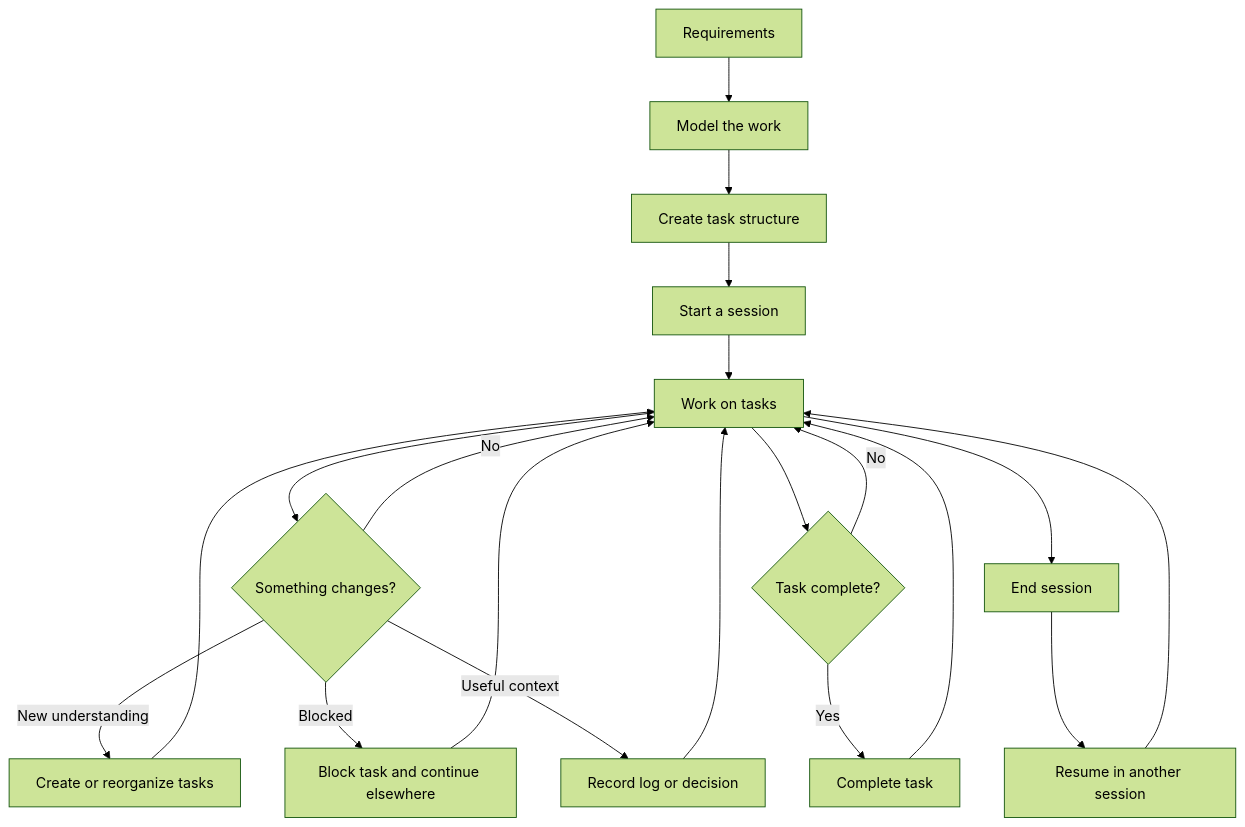
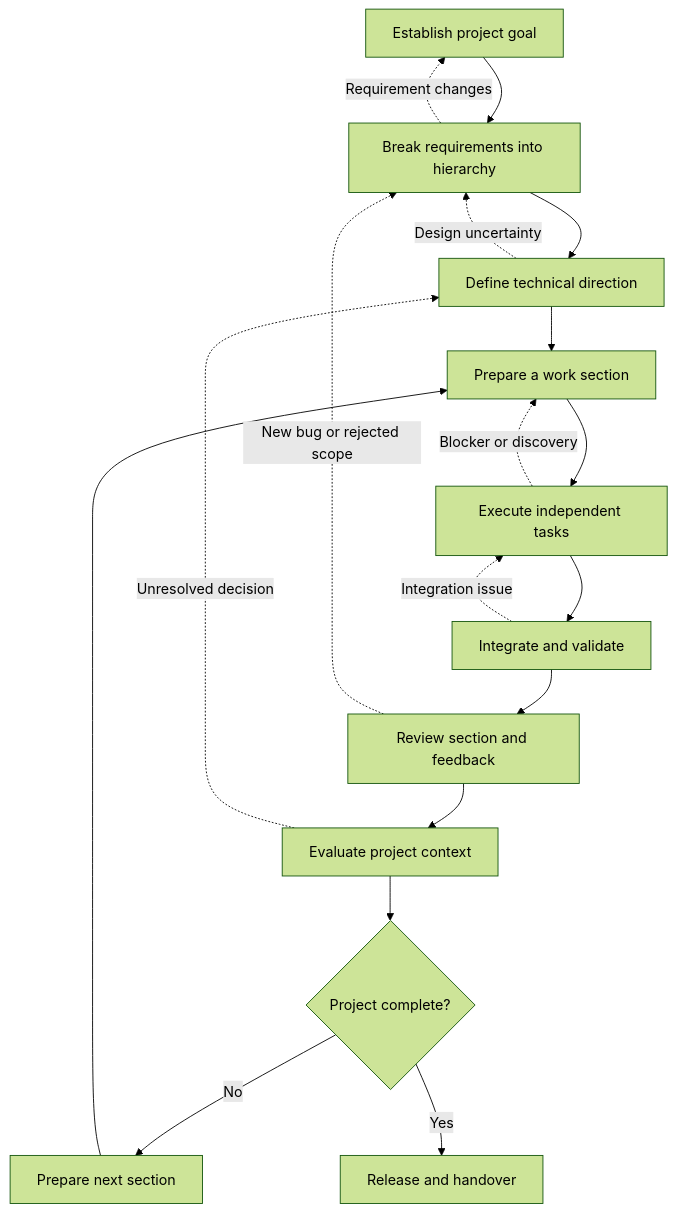
The diagram in docs/workflows/intermediate/index.md (abhisekmohantychinua/ctx-cli-docs), drawn with Mermaid (forest theme) before and after one commit. The commit also changed other lines of this file, not shown here.

Commit message:
Docs: - Updated the Intermediate Development Workflow documentation to clarify the process and improve structure. - Enhanced the flowchart to better represent the project workflow. - Revised sections to provide clearer guidance on establishing project goals and managing tasks.

````diff
--- a/docs/workflows/intermediate/index.md
+++ b/docs/workflows/intermediate/index.md
@@ -19,22 +14,33 @@
 ```mermaid
-flowchart TB
-    A[Requirements] --> B[Model the work]
-    B --> C[Create task structure]
-    C --> D[Start a session]
-    D --> E[Work on tasks]
-    E --> F{Something changes?}
-    F -->|No| E
-    F -->|New understanding| G[Create or reorganize tasks]
-    F -->|Blocked| H[Block task and continue elsewhere]
-    F -->|Useful context| I[Record log or decision]
-    G --> E
-    H --> E
-    I --> E
-    E --> J{Task complete?}
-    J -->|No| E
-    J -->|Yes| K[Complete task]
-    K --> E
-    E --> L[End session]
-    L --> M[Resume in another session]
-    M --> E
+flowchart TD
+    A[Establish project goal]
+    B[Break requirements into hierarchy]
+    C[Define technical direction]
+    D[Prepare a work section]
+    E[Execute independent tasks]
+    F[Integrate and validate]
+    G[Review section and feedback]
+    H[Evaluate project context]
+    I{Project complete?}
+    J[Prepare next section]
+    K[Release and handover]
+
+    A --> B
+    B --> C
+    C --> D
+    D --> E
+    E --> F
+    F --> G
+    G --> H
+    H --> I
+    I -- No --> J
+    J --> D
+    I -- Yes --> K
+
+    B -. Requirement changes .-> A
+    C -. Design uncertainty .-> B
+    E -. Blocker or discovery .-> D
+    F -. Integration issue .-> E
+    G -. New bug or rejected scope .-> B
+    H -. Unresolved decision .-> C
 ```
````
